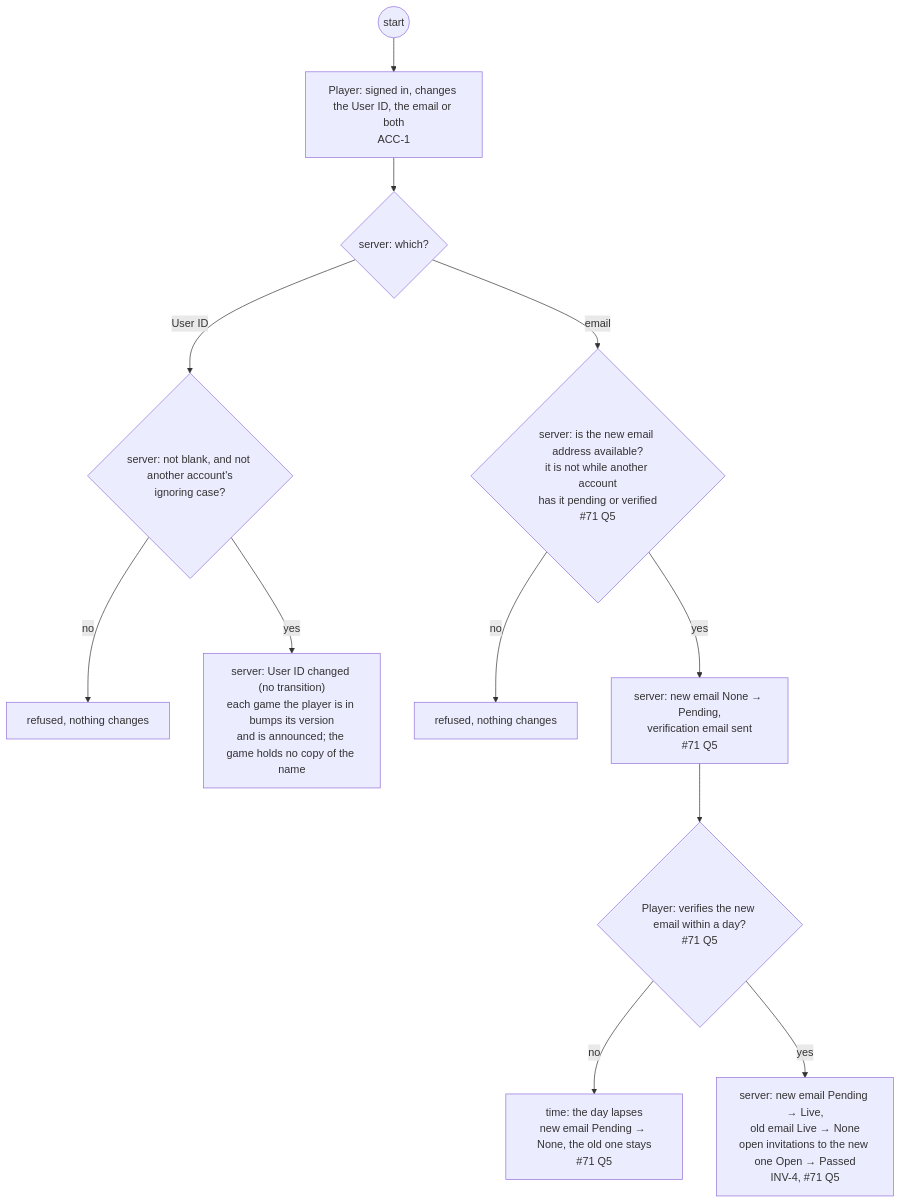
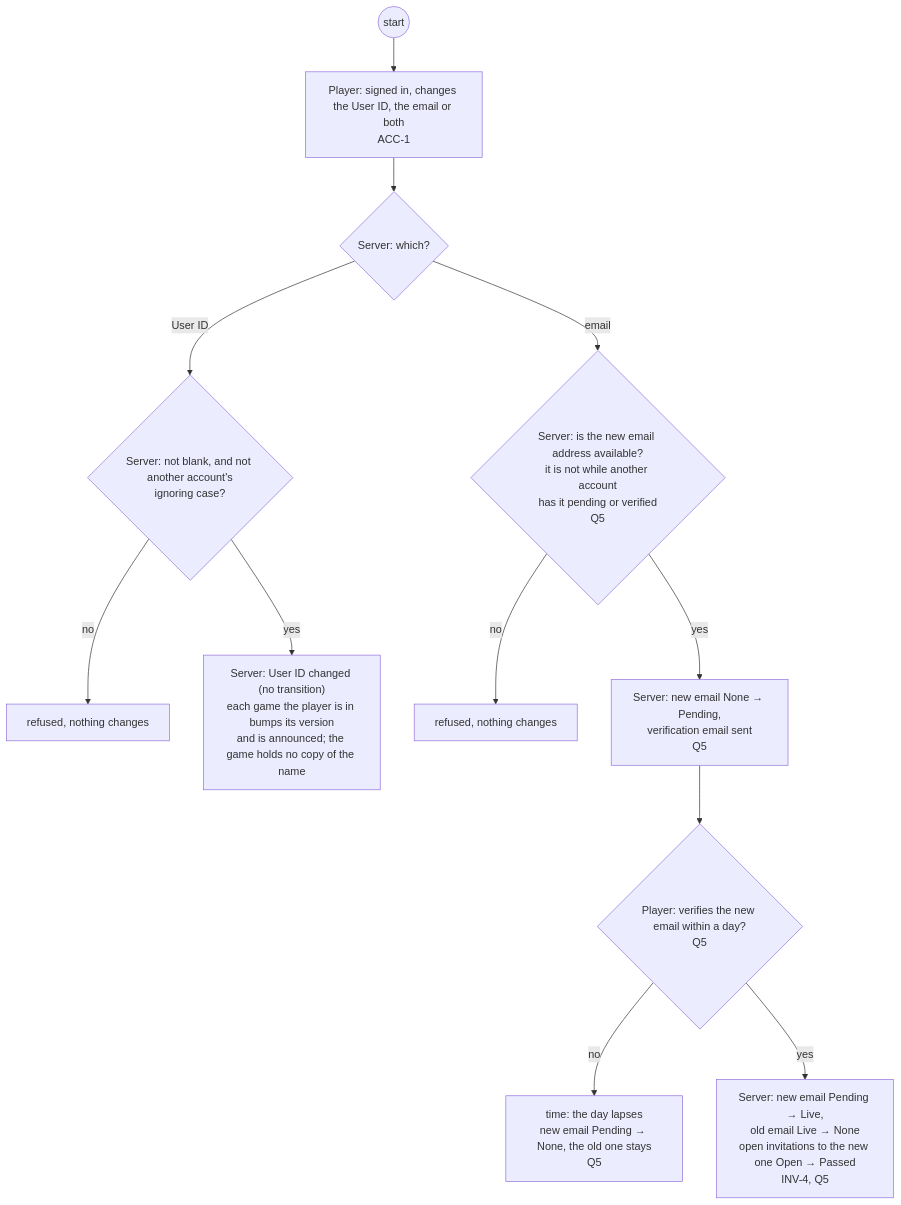
One commit to delphside/programme changed the fourth of 29 diagrams in docs/changes/workstreams/application-game-architecture/71-one-game-model/71-functional.md. Above: the diagram before and after it, drawn with Mermaid. The commit also changed other lines of this file, not shown here.

First line of the commit message:
app 0.9.2 api 2.16: 71: questions get headings Q1 to Q15; Server capitalised as an actor

````diff
--- a/docs/changes/workstreams/application-game-architecture/71-one-game-model/71-functional.md
+++ b/docs/changes/workstreams/application-game-architecture/71-one-game-model/71-functional.md
@@ -128,14 +129,14 @@
 ```mermaid
 flowchart TD
   s0((start)) --> p1["Player: signed in, changes the User ID, the email or both<br/>ACC-1"]
-  p1 --> d0{"server: which?"}
-  d0 -- "User ID" --> v1{"server: not blank, and not another account's<br/>ignoring case?"}
+  p1 --> d0{"Server: which?"}
+  d0 -- "User ID" --> v1{"Server: not blank, and not another account's<br/>ignoring case?"}
   v1 -- no --> r1["refused, nothing changes"]
-  v1 -- yes --> t1["server: User ID changed (no transition)<br/>each game the player is in bumps its version<br/>and is announced; the game holds no copy of the name"]
-  d0 -- "email" --> v2{"server: is the new email address available?<br/>it is not while another account<br/>has it pending or verified<br/>#71 Q5"}
+  v1 -- yes --> t1["Server: User ID changed (no transition)<br/>each game the player is in bumps its version<br/>and is announced; the game holds no copy of the name"]
+  d0 -- "email" --> v2{"Server: is the new email address available?<br/>it is not while another account<br/>has it pending or verified<br/>Q5"}
   v2 -- no --> r2["refused, nothing changes"]
-  v2 -- yes --> t2["server: new email None → Pending,<br/>verification email sent<br/>#71 Q5"]
-  t2 --> d1{"Player: verifies the new email within a day?<br/>#71 Q5"}
-  d1 -- no --> t3["time: the day lapses<br/>new email Pending → None, the old one stays<br/>#71 Q5"]
-  d1 -- yes --> t4["server: new email Pending → Live,<br/>old email Live → None<br/>open invitations to the new one Open → Passed<br/>INV-4, #71 Q5"]
+  v2 -- yes --> t2["Server: new email None → Pending,<br/>verification email sent<br/>Q5"]
+  t2 --> d1{"Player: verifies the new email within a day?<br/>Q5"}
+  d1 -- no --> t3["time: the day lapses<br/>new email Pending → None, the old one stays<br/>Q5"]
+  d1 -- yes --> t4["Server: new email Pending → Live,<br/>old email Live → None<br/>open invitations to the new one Open → Passed<br/>INV-4, Q5"]
 ```
````
